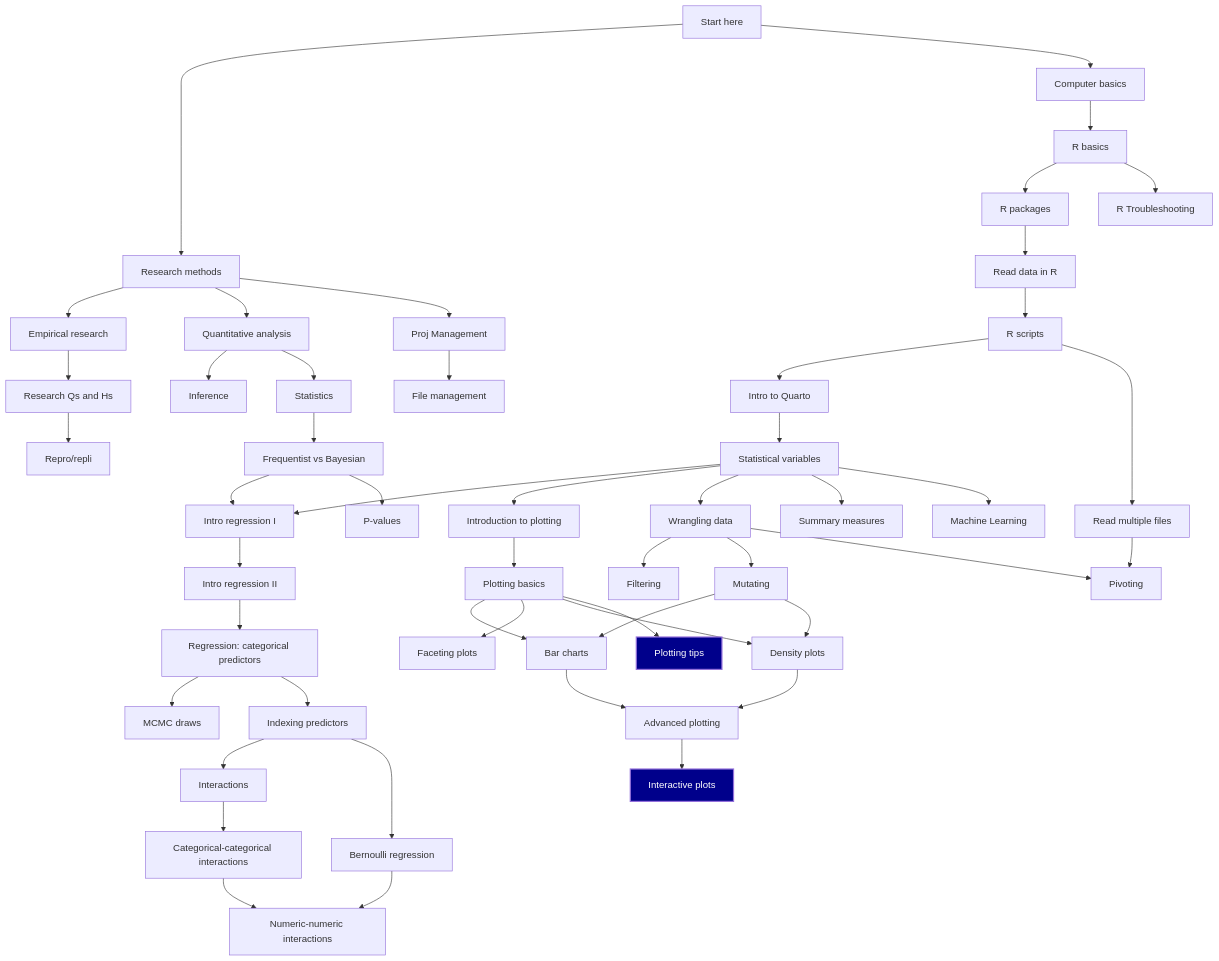
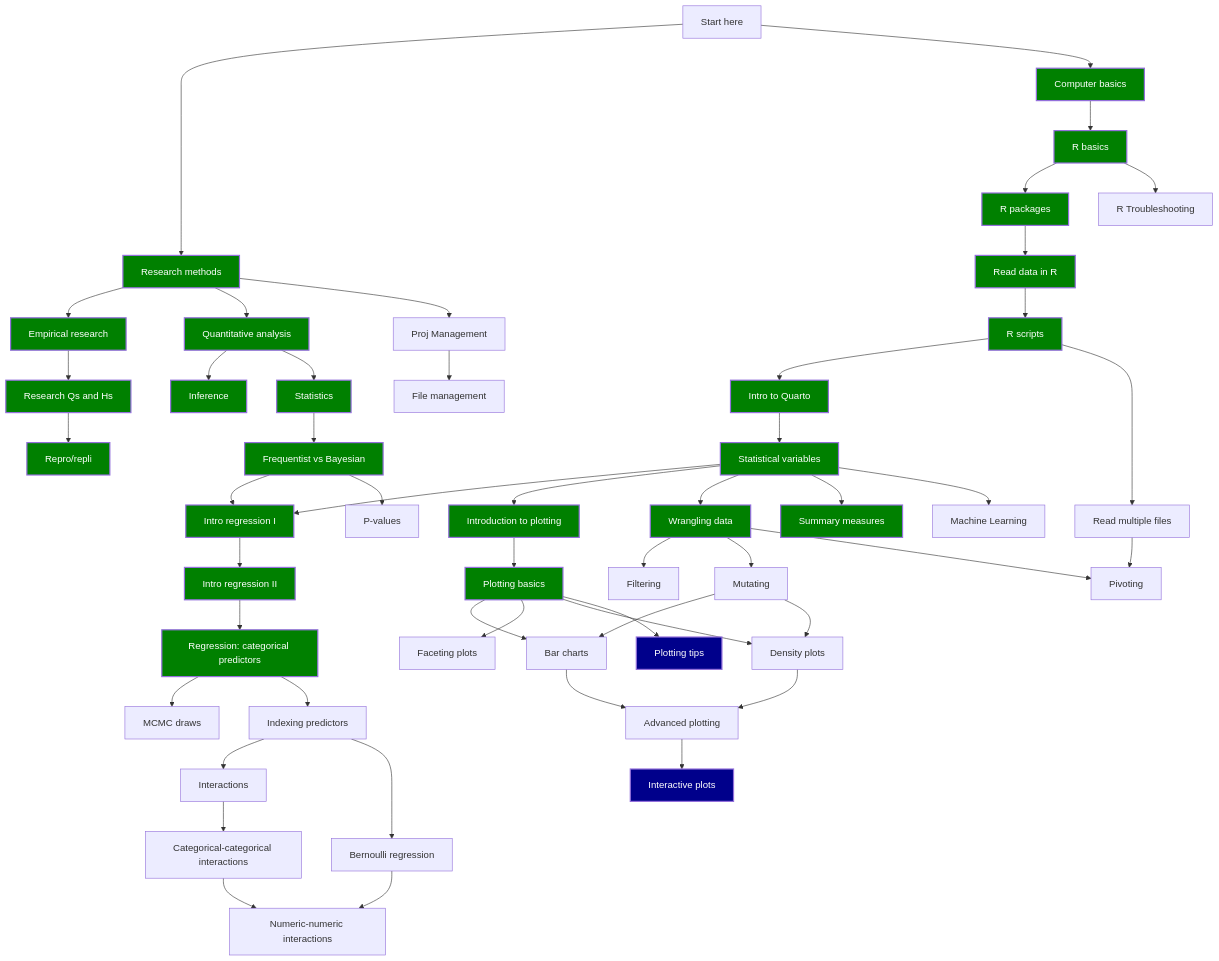
One commit to uoelel/qml changed the diagram in map.qmd. Above: the diagram before and after it, drawn with Mermaid. The commit also changed other lines of this file and 20 other files, not shown here.

```diff
--- a/map.qmd
+++ b/map.qmd
@@ -16,28 +18,38 @@
   A[Start here]
   B[Research methods]
   click B href "posts/hodotics.html" "Go to page"
+  style B fill:#008000,color:#FFF,stroke-width:2px
   C[Computer basics]
   click C href "posts/computer-basics.html" "Go to page"
+  style C fill:#008000,color:#FFF,stroke-width:2px
   D[R basics]
   click D href "posts/r-basics.html" "Go to page"
+  style D fill:#008000,color:#FFF,stroke-width:2px
   E[Statistical variables]
   click E href "posts/stat-variables.html" "Go to page"
+  style E fill:#008000,color:#FFF,stroke-width:2px
   F[Intro to Quarto]
   click F href "posts/intro-quarto.html" "Go to page"
+  style F fill:#008000,color:#FFF,stroke-width:2px
   G[R Troubleshooting]
   click G href "posts/r-troubleshooting.html" "Go to page"
   H[Read data in R]
   click H href "posts/data-types.html" "Go to page"
+  style H fill:#008000,color:#FFF,stroke-width:2px
   I[Read multiple files]
   click I href "posts/import-multiple.html" "Go to page"
   J[Intro regression I]
   click J href "posts/intro-regression.html" "Go to page"
+  style J fill:#008000,color:#FFF,stroke-width:2px
   K[Introduction to plotting]
   click K href "posts/intro-plot.html" "Go to page"
+  style K fill:#008000,color:#FFF,stroke-width:2px
   L[Wrangling data]
   click L href "posts/wrangle.html" "Go to page"
+  style L fill:#008000,color:#FFF,stroke-width:2px
   M[Plotting basics]
   click M href "posts/plotting-basics.html" "Go to page"
+  style M fill:#008000,color:#FFF,stroke-width:2px
   N[Bar charts]
   click N href "posts/bar-charts.html" "Go to page"
   O[Filtering]
@@ -54,19 +66,26 @@
   click AB href "posts/plot-advanced.html" "Go to page"
   AC[Summary measures]
   click AC href "posts/summaries.html" "Go to page"
+  style AC fill:#008000,color:#FFF,stroke-width:2px
   
   AD[Empirical research]
   click AD href "posts/research-context.html" "Go to page"
+  style AD fill:#008000,color:#FFF,stroke-width:2px
   AE[Research Qs and Hs]
   click AE href "posts/research-qh.html" "Go to page"
+  style AE fill:#008000,color:#FFF,stroke-width:2px
   AF[Quantitative analysis]
   click AF href "posts/data-analysis.html" "Go to page"
+  style AF fill:#008000,color:#FFF,stroke-width:2px
   AG[Inference]
   click AG href "posts/inference.html" "Go to page"
+  style AG fill:#008000,color:#FFF,stroke-width:2px
   AH[Statistics]
   click AH href "posts/statistics.html" "Go to page"
+  style AH fill:#008000,color:#FFF,stroke-width:2px
   AI[Repro/repli]
   click AI href "posts/repro-repli.html" "Go to page"
+  style AI fill:#008000,color:#FFF,stroke-width:2px
   AJ[Proj Management]
   click AJ href "posts/management.html" "Go to page"
   AK[File management]
@@ -76,18 +95,23 @@
   click AL href "posts/machine-learning.html" "Go to page"
   AM[R scripts]
   click AM href "posts/scripts.html" "Go to page"
+  style AM fill:#008000,color:#FFF,stroke-width:2px
   AN[R packages]
   click AN href "posts/packages.html" "Go to page"
+  style AN fill:#008000,color:#FFF,stroke-width:2px
   
   AO[Frequentist vs Bayesian]
   click AO href "posts/freq-bayes.html" "Go to page"
+  style AO fill:#008000,color:#FFF,stroke-width:2px
   AP[P-values]
   click AP href "posts/p-values.html" "Go to page"
   
   R[Intro regression II]
   click R href "posts/intro-regression-predictors.html" "Go to page"
+  style R fill:#008000,color:#FFF,stroke-width:2px
   S[Regression: categorical predictors]
   click S href "posts/intro-regression-categorical.html" "Go to page"
+  style S fill:#008000,color:#FFF,stroke-width:2px
   T[MCMC draws]
   click T href "posts/regression-draws.html" "Go to page"
   U[Indexing predictors]
```
